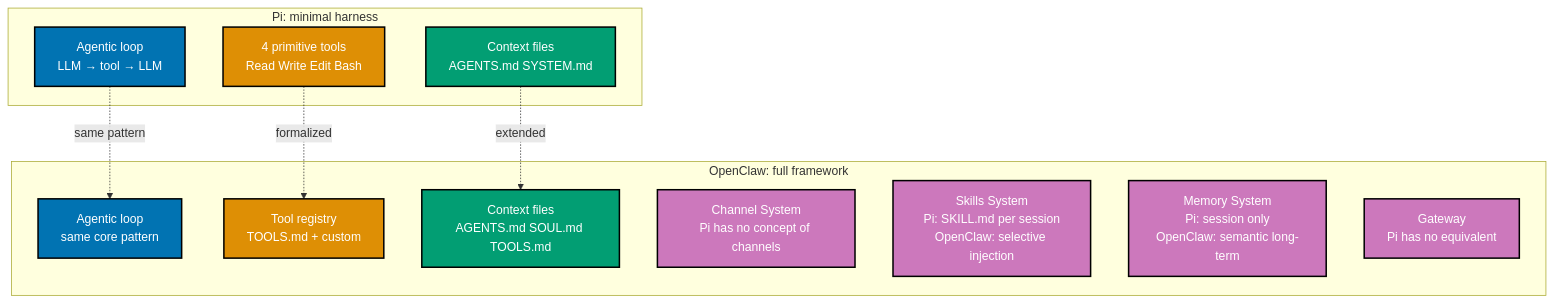
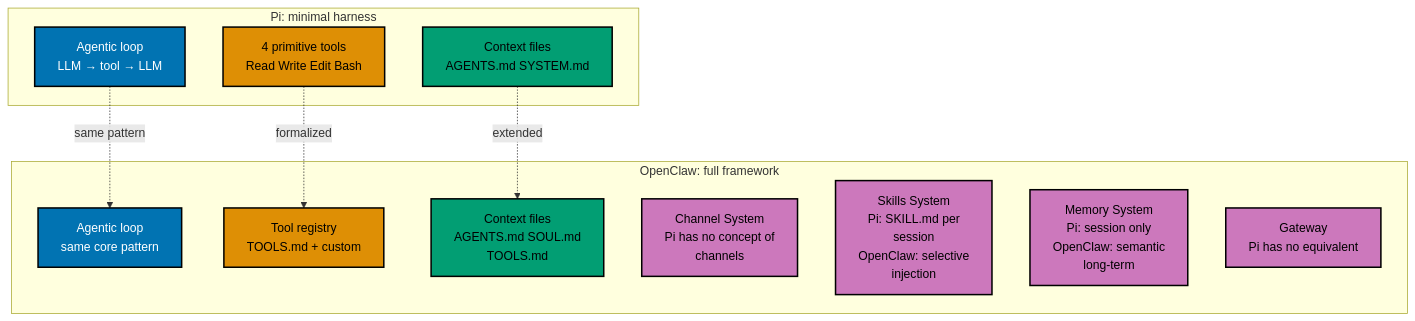
The third of 3 diagrams in apps/ayokoding-www/content/en/learn/legacy/artificial-intelligence/tools/openclaw/by-concept/advanced.md (wahidyankf/ose-public), drawn with Mermaid before and after one commit. The commit also changed other lines of this file and 50 other files, not shown here.

First line of the commit message:
fix(mermaid): bring the docs, governance, plans, and legacy AI diagrams onto the accessible palette

````diff
--- a/apps/ayokoding-www/content/en/learn/legacy/artificial-intelligence/tools/openclaw/by-concept/advanced.md
+++ b/apps/ayokoding-www/content/en/learn/legacy/artificial-intelligence/tools/openclaw/by-concept/advanced.md
@@ -940,29 +946,32 @@
 ```mermaid
 %% Color Palette: Blue #0173B2, Orange #DE8F05, Teal #029E73, Purple #CC78BC, Brown #CA9161
 
 graph TD
+    accTitle: 8. OpenClaw and Pi Architecture
+    accDescr: Graph with 10 nodes and 3 connections. Nodes: Agentic loop LLM → tool → LLM, 4 primitive tools Read Write Edit Bash, Context files AGENTS.md SYSTEM.md, Agentic loop same core pattern, Tool registry TOOLS.md + custom, Context files AGENTS.md SOUL.md TOOLS.md, Channel System Pi has no concept of channels, Skills System Pi: SKILL.md per session OpenClaw: selective injection, Memory System Pi: session only OpenClaw: semantic long-term, Gateway Pi has no equivalent. Connections: Agentic loop LLM → tool → LLM to Agentic loop same core pattern (same pattern), Context files AGENTS.md SYSTEM.md to Context files AGENTS.md SOUL.md TOOLS.md (extended), 4 primitive tools Read Write Edit Bash to Tool registry TOOLS.md + custom (formalized).
     subgraph "Pi: minimal harness"
         P_LOOP["Agentic loop<br/>LLM → tool → LLM"]:::blue
         P_TOOLS["4 primitive tools<br/>Read Write Edit Bash"]:::orange
         P_CTX["Context files<br/>AGENTS.md SYSTEM.md"]:::teal
     end
 
     subgraph "OpenClaw: full framework"
         OC_LOOP["Agentic loop<br/>same core pattern"]:::blue
         OC_TOOLS["Tool registry<br/>TOOLS.md + custom"]:::orange
-        OC_CTX["Context files<br/>AGENTS.md SOUL.md TOOLS.md"]:::teal
-        OC_CHAN["Channel System<br/>Pi has no concept of channels"]:::purple
-        OC_SK["Skills System<br/>Pi: SKILL.md per session<br/>OpenClaw: selective injection"]:::purple
-        OC_MEM["Memory System<br/>Pi: session only<br/>OpenClaw: semantic long-term"]:::purple
+        OC_CTX["Context files<br/>AGENTS.md SOUL.md<br/>TOOLS.md"]:::teal
+        OC_CHAN["Channel System<br/>Pi has no concept of<br/>channels"]:::purple
+        OC_SK["Skills System<br/>Pi: SKILL.md per<br/>session<br/>OpenClaw: selective<br/>injection"]:::purple
+        OC_MEM["Memory System<br/>Pi: session only<br/>OpenClaw: semantic<br/>long-term"]:::purple
         OC_GW["Gateway<br/>Pi has no equivalent"]:::purple
     end
 
     P_LOOP -.->|"same pattern"| OC_LOOP
     P_CTX -.->|"extended"| OC_CTX
     P_TOOLS -.->|"formalized"| OC_TOOLS
 
     classDef blue fill:#0173B2,stroke:#000000,color:#FFFFFF,stroke-width:2px
-    classDef orange fill:#DE8F05,stroke:#000000,color:#FFFFFF,stroke-width:2px
-    classDef teal fill:#029E73,stroke:#000000,color:#FFFFFF,stroke-width:2px
-    classDef purple fill:#CC78BC,stroke:#000000,color:#FFFFFF,stroke-width:2px
+    classDef orange fill:#DE8F05,stroke:#000000,color:#000000,stroke-width:2px
+    classDef teal fill:#029E73,stroke:#000000,color:#000000,stroke-width:2px
+    classDef purple fill:#CC78BC,stroke:#000000,color:#000000,stroke-width:2px
+    classDef default fill:#FFFFFF,stroke:#000000,color:#000000
 ```
````
